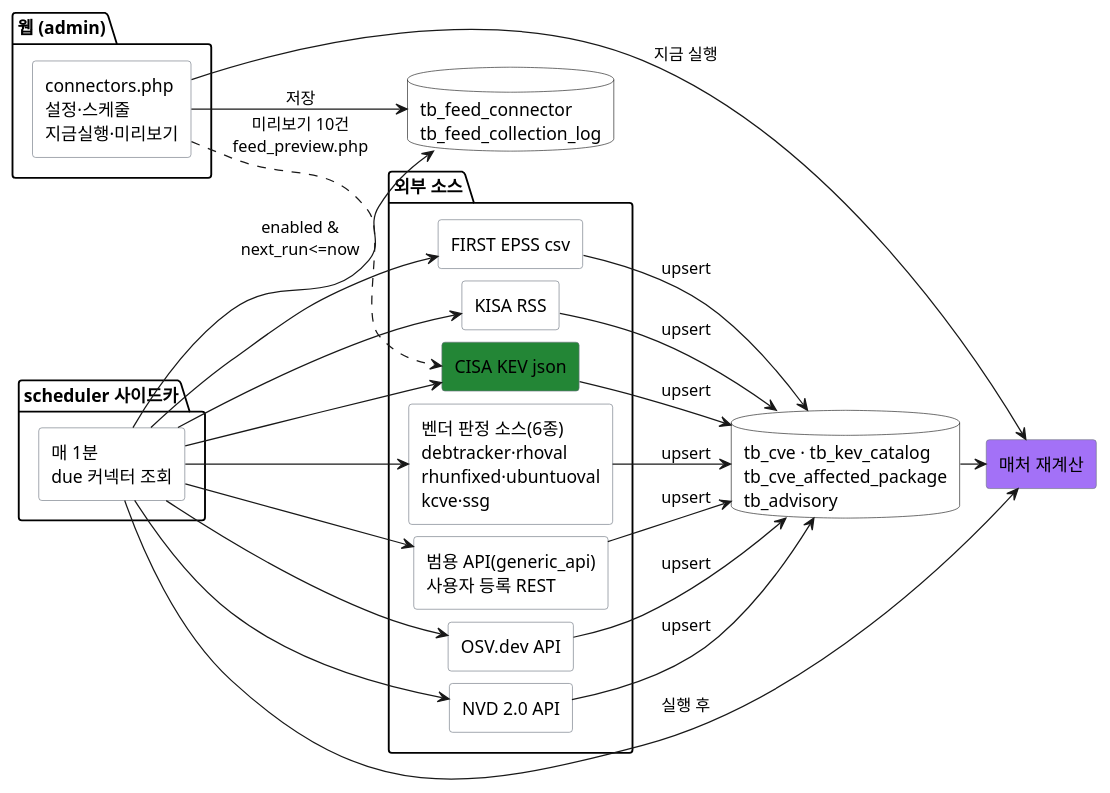
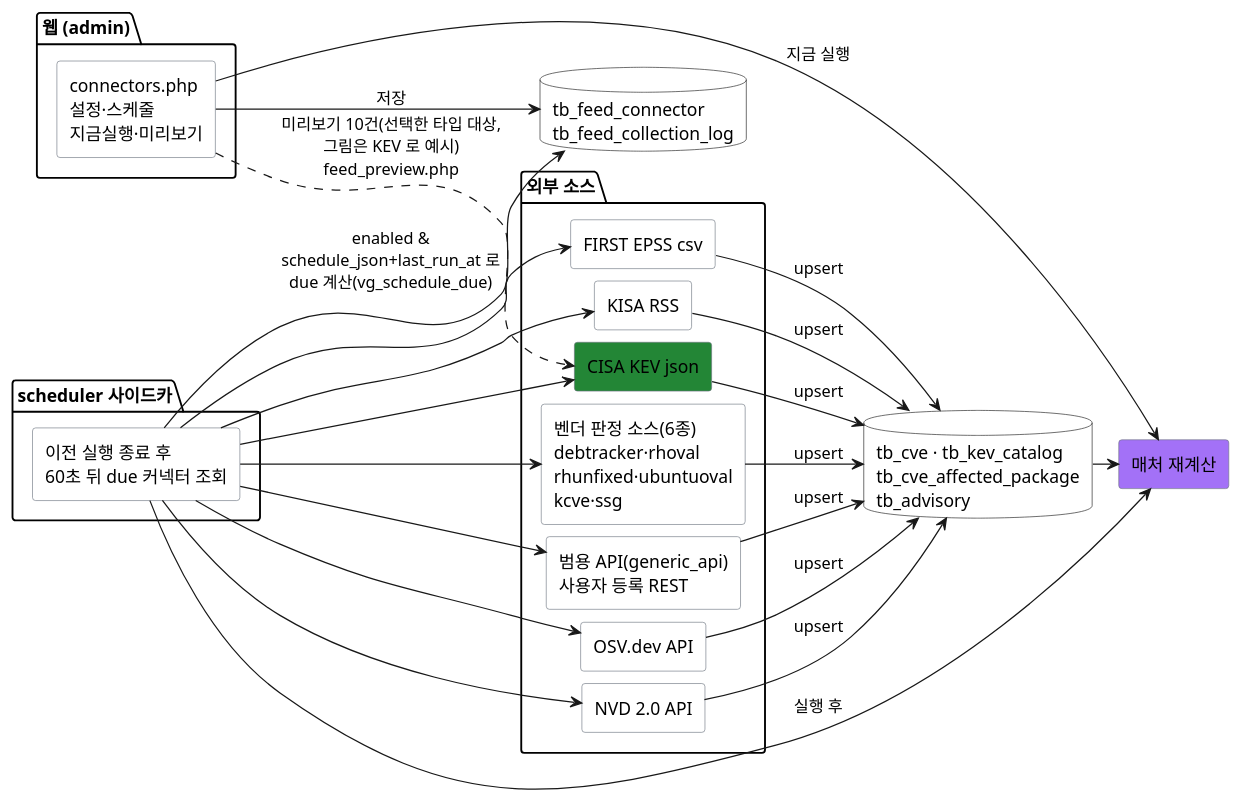
One commit to JeongDoWook/vuln-agent changed the diagram in docs/specs/diagrams/피드커넥터.puml. Above: the diagram before and after it, drawn with PlantUML. The commit also changed 17 other files, not shown here.

First line of the commit message:
문서: "매 1분" 표현 정정 + 다이어그램 9종 정확성 재검증 (#840)

```diff
--- a/docs/specs/diagrams/피드커넥터.puml
+++ b/docs/specs/diagrams/피드커넥터.puml
@@ -1,66 +1,66 @@
 @startuml 피드커넥터
 ' vuln-agent §3 CVE 피드 커넥터 (외부 소스 수집)
 ' 원본: docs/dev/architecture.md §3 (mermaid flowchart LR)
 '
 ' 폭 주의: 이 그림은 문서 본문(약 900px)에 인라인되므로 viewBox 가 넓을수록 글자가 작아진다.
 ' 그래서 라벨을 여러 줄로 접고 nodesep/ranksep/wrapWidth 로 폭을 눌러 놨다.
 ' `left to right direction` 은 빼면 오히려 넓어진다(TB 로 두면 소스 7개가 한 줄에 늘어서 1294px).
 
 left to right direction
 skinparam rectangle {
     BackgroundColor #ffffff
     BorderColor #6e7681
 }
 skinparam databaseBackgroundColor #ffffff
 skinparam shadowing false
 skinparam nodesep 10
 skinparam ranksep 20
 skinparam wrapWidth 220
 
 package "웹 (admin)" as UI {
     rectangle "connectors.php\n설정·스케줄\n지금실행·미리보기" as CFG
 }
 
 package "scheduler 사이드카" as Sched {
-    rectangle "매 1분\ndue 커넥터 조회" as TICK
+    rectangle "이전 실행 종료 후\n60초 뒤 due 커넥터 조회" as TICK
 }
 
 package "외부 소스" as Sources {
     rectangle "CISA KEV json" as KEV #238636
     rectangle "OSV.dev API" as OSV
     rectangle "NVD 2.0 API" as NVD
     rectangle "FIRST EPSS csv" as EPSS
     rectangle "KISA RSS" as KISA
     rectangle "벤더 판정 소스(6종)\ndebtracker·rhoval\nrhunfixed·ubuntuoval\nkcve·ssg" as VENDOR
     rectangle "범용 API(generic_api)\n사용자 등록 REST" as GAPI
 }
 
 database "tb_feed_connector\ntb_feed_collection_log" as DBc
 database "tb_cve · tb_kev_catalog\ntb_cve_affected_package\ntb_advisory" as CVE
 rectangle "매처 재계산" as MAT #a371f7
 
 CFG --> DBc : 저장
-TICK --> DBc : enabled &\nnext_run<=now
+TICK --> DBc : enabled &\nschedule_json+last_run_at 로\ndue 계산(vg_schedule_due)
 
 TICK --> KEV
 TICK --> OSV
 TICK --> NVD
 TICK --> EPSS
 TICK --> KISA
 TICK --> VENDOR
 TICK --> GAPI
 
 KEV --> CVE : upsert
 OSV --> CVE : upsert
 NVD --> CVE : upsert
 EPSS --> CVE : upsert
 KISA --> CVE : upsert
 VENDOR --> CVE : upsert
 GAPI --> CVE : upsert
 
 CVE --> MAT
 TICK --> MAT : 실행 후
 CFG --> MAT : 지금 실행
-CFG ..> KEV : 미리보기 10건\nfeed_preview.php
+CFG ..> KEV : 미리보기 10건(선택한 타입 대상,\n그림은 KEV 로 예시)\nfeed_preview.php
 
 @enduml
```
